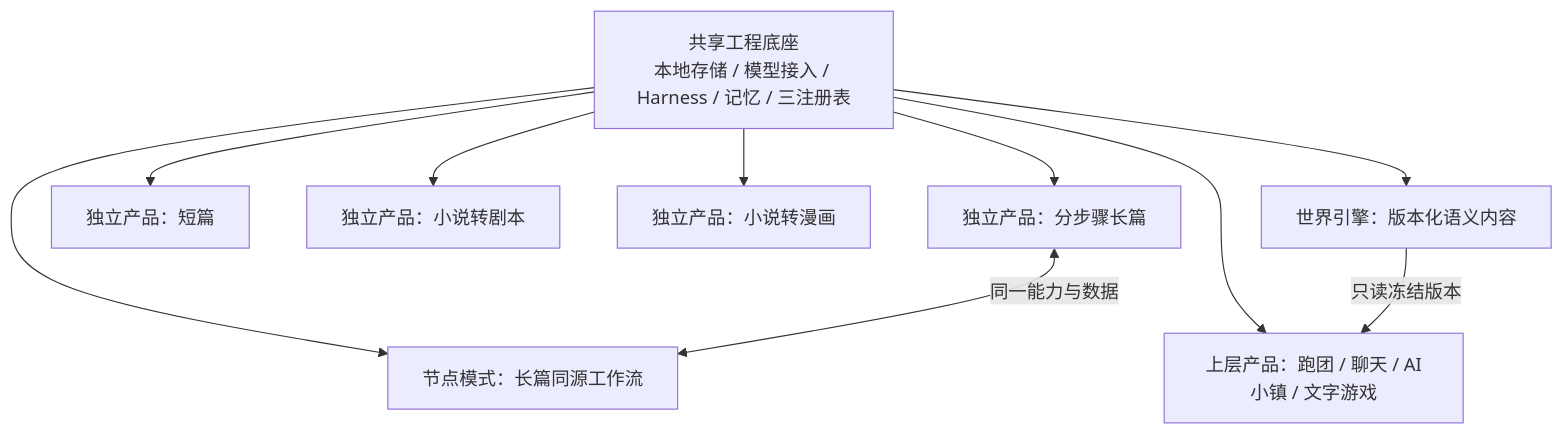
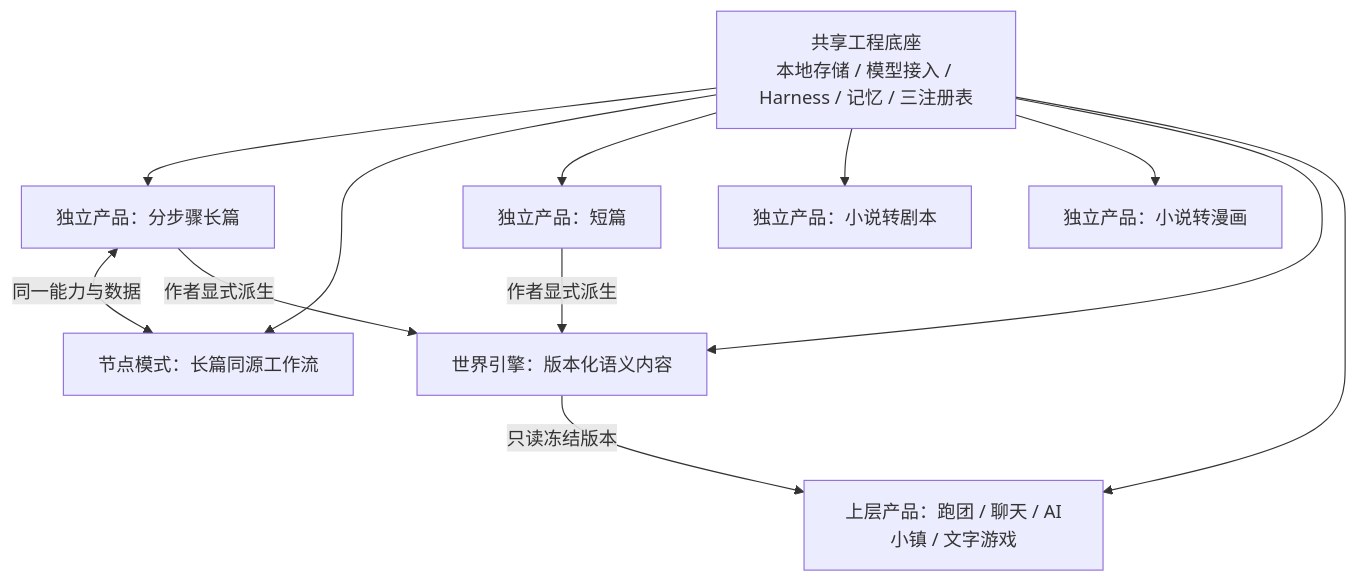
The diagram in README.md (yuanbw2025/storyforge), drawn with Mermaid before and after one commit. The commit also changed other lines of this file and 16 other files, not shown here.

````diff
--- a/README.md
+++ b/README.md
@@ -36,20 +36,22 @@
 ```mermaid
 flowchart TB
   B["共享工程底座\n本地存储 / 模型接入 / Harness / 记忆 / 三注册表"]
   L["独立产品：分步骤长篇"]
   N["节点模式：长篇同源工作流"]
   S["独立产品：短篇"]
   P["独立产品：小说转剧本"]
   C["独立产品：小说转漫画"]
   W["世界引擎：版本化语义内容"]
   U["上层产品：跑团 / 聊天 / AI小镇 / 文字游戏"]
   B --> L
   B --> N
   B --> S
   B --> P
   B --> C
   B --> W
   B --> U
   L <-->|"同一能力与数据"| N
+  L -->|"作者显式派生"| W
+  S -->|"作者显式派生"| W
   W -->|"只读冻结版本"| U
 ```
````
